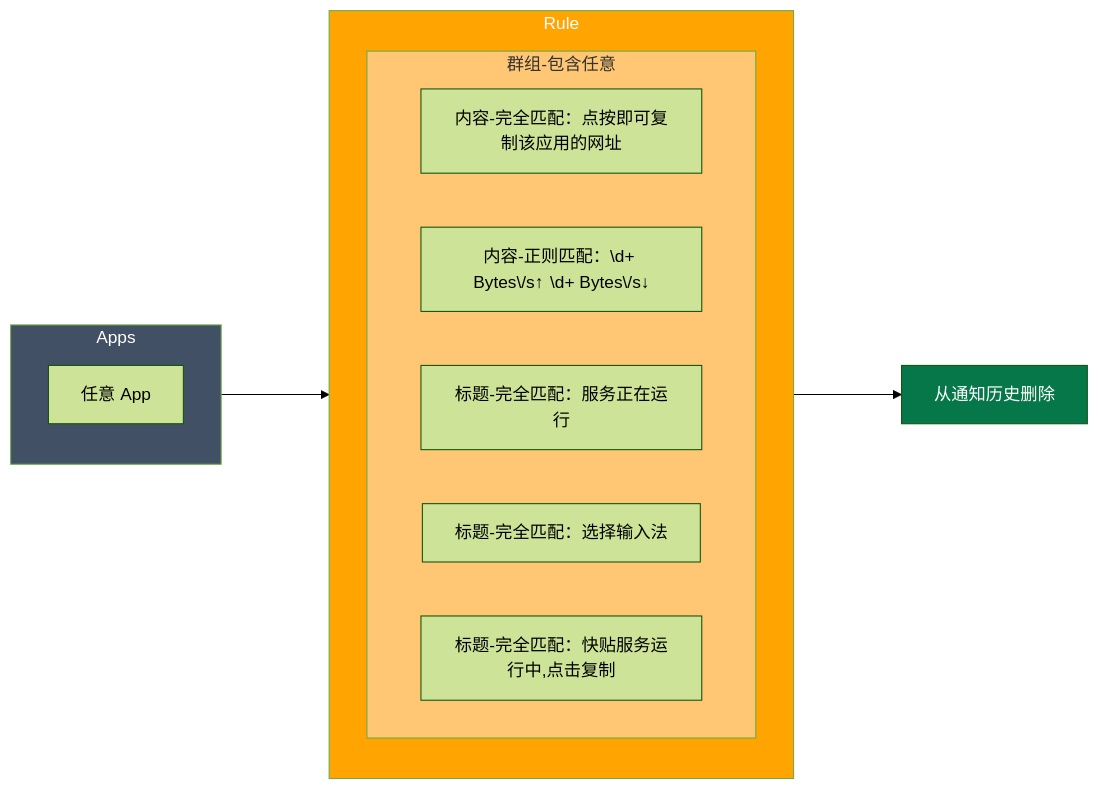
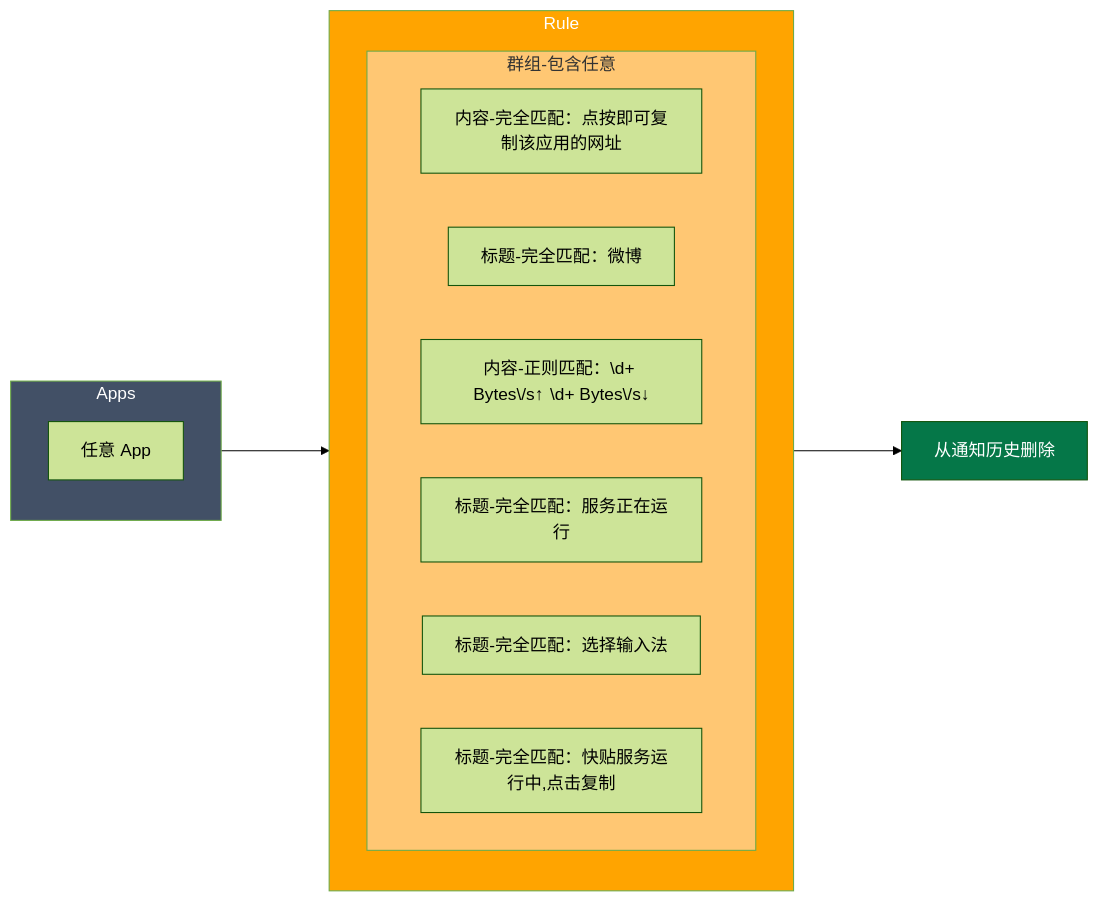
The second of 3 diagrams in Notes/Workflow/Android通知处理规则.md (dmscode/wo.zji.me), drawn with Mermaid (forest theme) before and after one commit. The commit also changed other lines of this file, not shown here.

Commit message:
Auto commit 2023-07-02 00:02:33

````diff
--- a/Notes/Workflow/Android通知处理规则.md
+++ b/Notes/Workflow/Android通知处理规则.md
@@ -41,36 +45,38 @@
 ```mermaid
 flowchart LR
 
 %% 通知来源
 subgraph Apps
   any[任意 App]
 end
 
 %% 通知规则
 subgraph Rule
   subgraph Group[群组-包含任意]
     %% PWA 应用自带的复制网址通知
     1["内容-完全匹配：点按即可复制该应用的网址"]
+    %% PWA 应用：微博
+    2["标题-完全匹配：微博"]
     %% 某猫猫的速度显示
-    2["内容-正则匹配：\d+ Bytes\/s↑	\d+ Bytes\/s↓"]
+    3["内容-正则匹配：\d+ Bytes\/s↑	\d+ Bytes\/s↓"]
     %% KWGT 挂件更新通知
-    3["标题-完全匹配：服务正在运行"]
+    4["标题-完全匹配：服务正在运行"]
     %% 输入法切换通知
-    4["标题-完全匹配：选择输入法"]
+    5["标题-完全匹配：选择输入法"]
     %% 快贴
-    5["标题-完全匹配：快贴服务运行中,点击复制"]
+    6["标题-完全匹配：快贴服务运行中,点击复制"]
   end
 end
 
 %% 通知处理
 Do[从通知历史删除]
 
 %% 连线
 Apps ---> Rule ---> Do
 
 %% 节点样式
 style Apps fill:#425066,color:#FFF
 style Rule fill:#ffa400,color:#FFF
 style Group fill:#ffc773,color:#333
 style Do fill:#057748,color:#FFF
 ```
````
